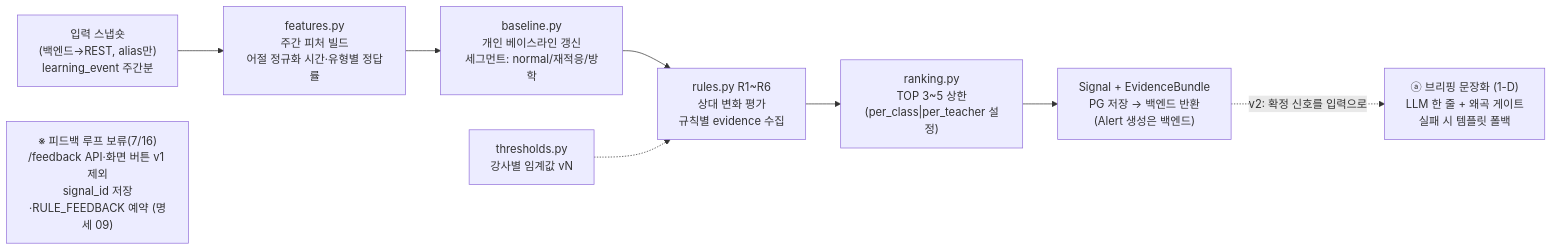
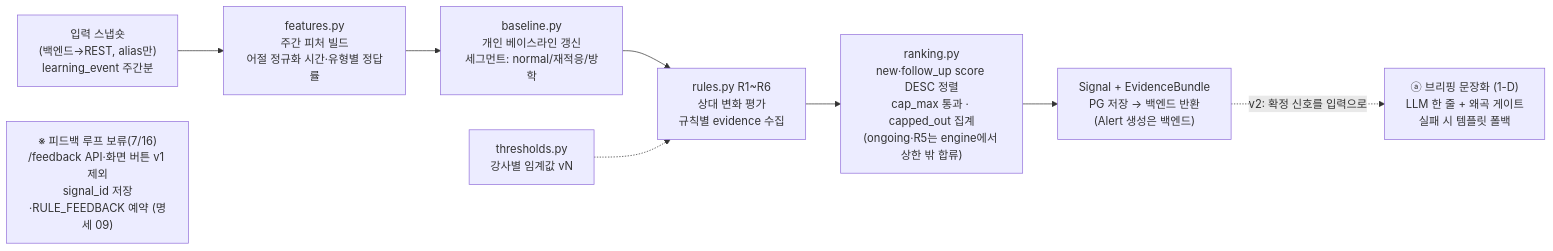
One commit to MTVS5-CheckOn/CheckOn-AI changed the first of 12 diagrams in docs/part_a/02_design.md. Above: the diagram before and after it, drawn with Mermaid. The commit also changed other lines of this file and 3 other files, not shown here.

````diff
--- a/docs/part_a/02_design.md
+++ b/docs/part_a/02_design.md
@@ -27,11 +27,11 @@
 ```mermaid
 flowchart LR
   IN["입력 스냅숏<br/>(백엔드→REST, alias만)<br/>learning_event 주간분"] --> FB["features.py<br/>주간 피처 빌드<br/>어절 정규화 시간·유형별 정답률"]
   FB --> BL["baseline.py<br/>개인 베이스라인 갱신<br/>세그먼트: normal/재적응/방학"]
   BL --> RU["rules.py R1~R6<br/>상대 변화 평가<br/>규칙별 evidence 수집"]
-  RU --> RK["ranking.py<br/>TOP 3~5 상한<br/>(per_class|per_teacher 설정)"]
+  RU --> RK["ranking.py<br/>new·follow_up score DESC 정렬<br/>cap_max 통과 · capped_out 집계<br/>(ongoing·R5는 engine에서 상한 밖 합류)"]
   RK --> OUT["Signal + EvidenceBundle<br/>PG 저장 → 백엔드 반환<br/>(Alert 생성은 백엔드)"]
   OUT -.->|"v2: 확정 신호를 입력으로"| BRF["ⓐ 브리핑 문장화 (1-D)<br/>LLM 한 줄 + 왜곡 게이트<br/>실패 시 템플릿 폴백"]
   TH["thresholds.py<br/>강사별 임계값 vN"] -.-> RU
   FBNOTE["※ 피드백 루프 보류(7/16)<br/>/feedback API·화면 버튼 v1 제외<br/>signal_id 저장·RULE_FEEDBACK 예약 (명세 09)"]
 ```
````
